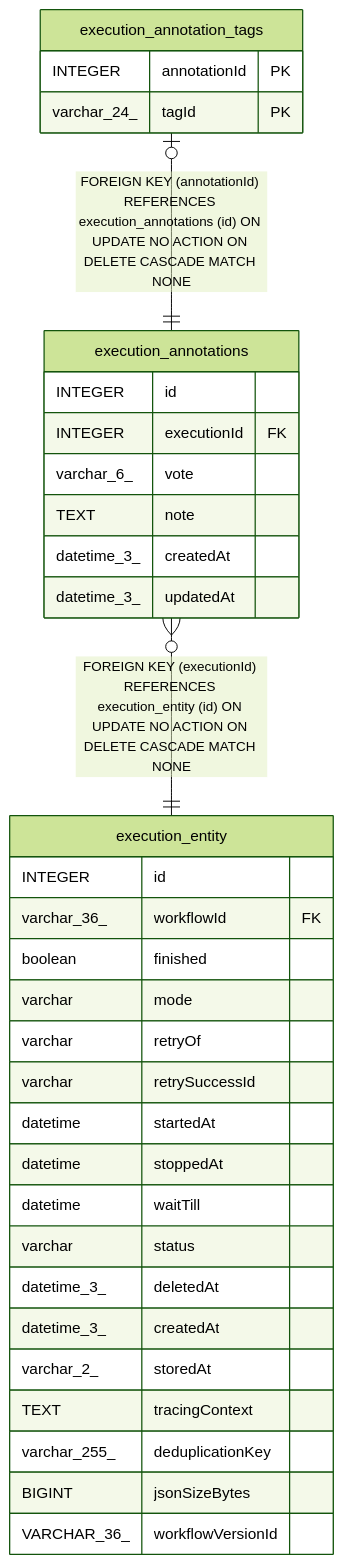
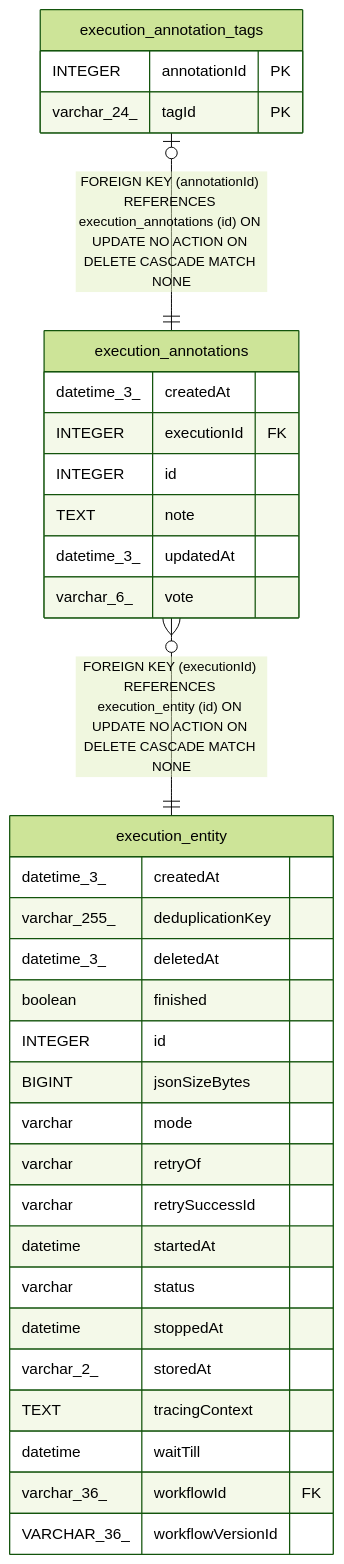
One commit to mayankjain1815-commits/n8n changed the diagram in docs/generated/sqlite-schema/execution_annotations.md. Above: the diagram before and after it, drawn with Mermaid (forest theme). The commit also changed other lines of this file and 221 other files, not shown here.

Commit message:
chore(core): Make DB schema docs generation deterministic (#32373)

````diff
--- a/docs/generated/sqlite-schema/execution_annotations.md
+++ b/docs/generated/sqlite-schema/execution_annotations.md
@@ -40,38 +40,38 @@
 ```mermaid
 erDiagram
 
+"execution_annotations" }o--|| "execution_entity" : "FOREIGN KEY (executionId) REFERENCES execution_entity (id) ON UPDATE NO ACTION ON DELETE CASCADE MATCH NONE"
 "execution_annotation_tags" |o--|| "execution_annotations" : "FOREIGN KEY (annotationId) REFERENCES execution_annotations (id) ON UPDATE NO ACTION ON DELETE CASCADE MATCH NONE"
-"execution_annotations" }o--|| "execution_entity" : "FOREIGN KEY (executionId) REFERENCES execution_entity (id) ON UPDATE NO ACTION ON DELETE CASCADE MATCH NONE"
 
 "execution_annotations" {
+  datetime_3_ createdAt
+  INTEGER executionId FK
   INTEGER id
-  INTEGER executionId FK
+  TEXT note
+  datetime_3_ updatedAt
   varchar_6_ vote
-  TEXT note
+}
+"execution_entity" {
   datetime_3_ createdAt
-  datetime_3_ updatedAt
+  varchar_255_ deduplicationKey
+  datetime_3_ deletedAt
+  boolean finished
+  INTEGER id
+  BIGINT jsonSizeBytes
+  varchar mode
+  varchar retryOf
+  varchar retrySuccessId
+  datetime startedAt
+  varchar status
+  datetime stoppedAt
+  varchar_2_ storedAt
+  TEXT tracingContext
+  datetime waitTill
+  varchar_36_ workflowId FK
+  VARCHAR_36_ workflowVersionId
 }
 "execution_annotation_tags" {
   INTEGER annotationId PK
   varchar_24_ tagId PK
 }
-"execution_entity" {
-  INTEGER id
-  varchar_36_ workflowId FK
-  boolean finished
-  varchar mode
-  varchar retryOf
-  varchar retrySuccessId
-  datetime startedAt
-  datetime stoppedAt
-  datetime waitTill
-  varchar status
-  datetime_3_ deletedAt
-  datetime_3_ createdAt
-  varchar_2_ storedAt
-  TEXT tracingContext
-  varchar_255_ deduplicationKey
-  BIGINT jsonSizeBytes
-  VARCHAR_36_ workflowVersionId
-}
 ```
````
